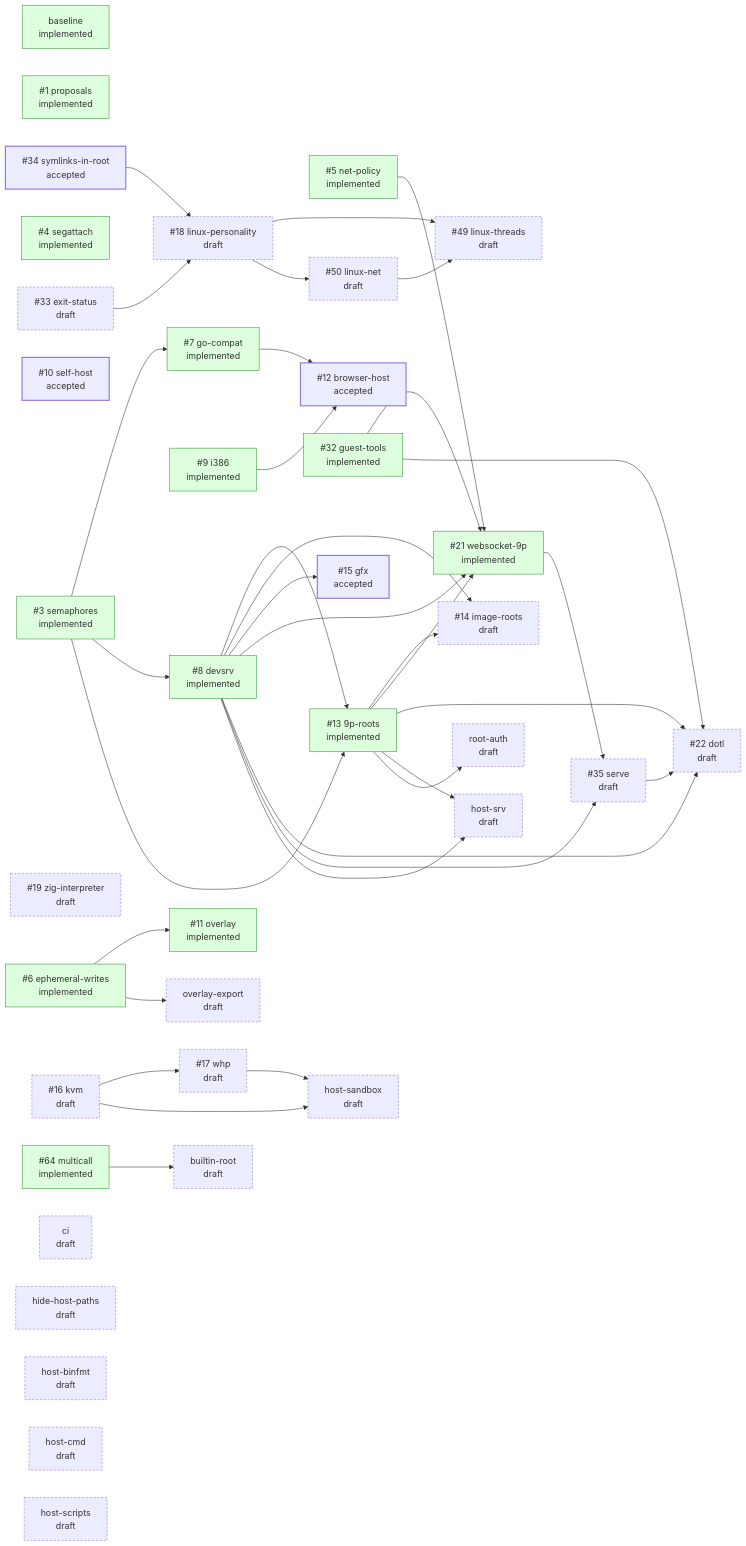
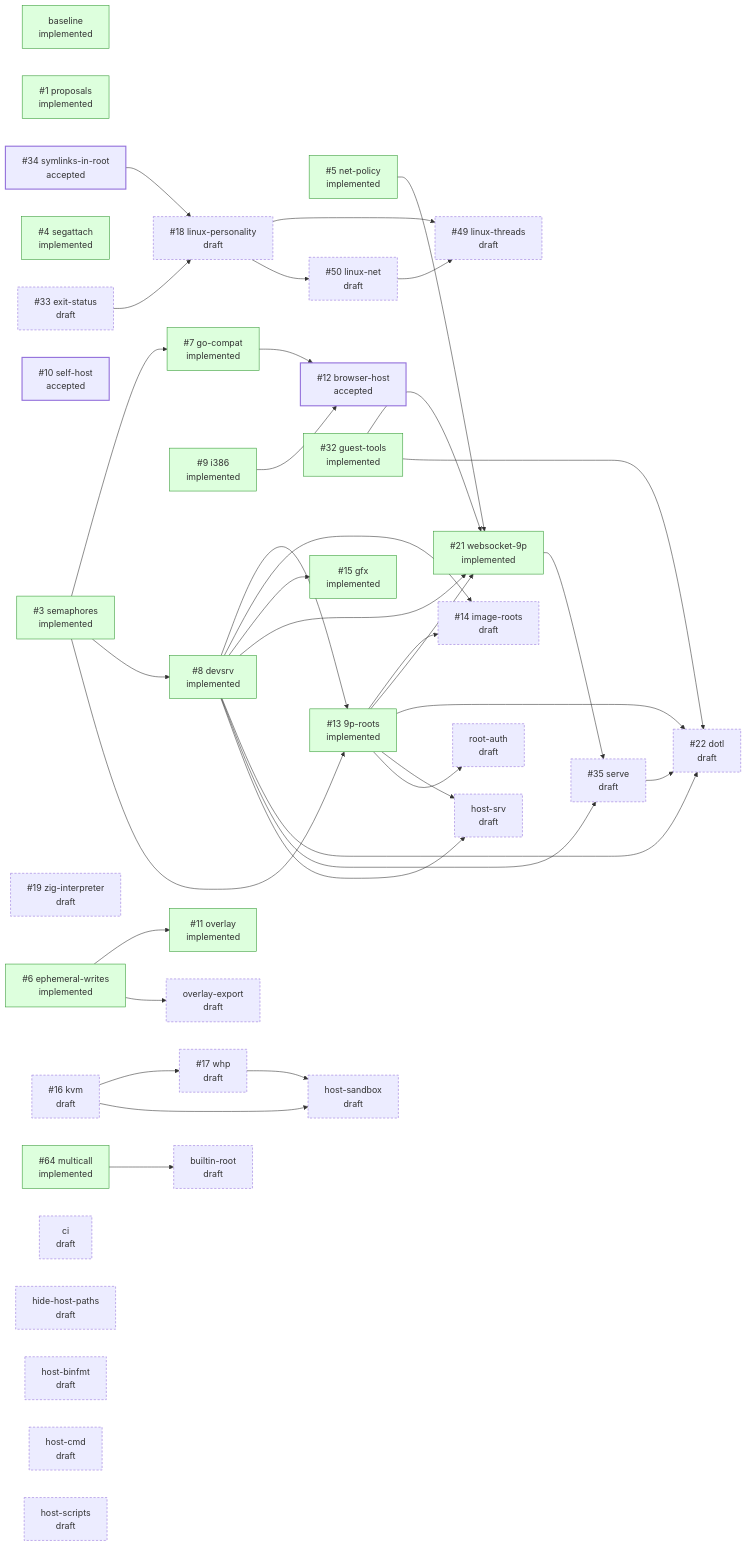
One commit to progrium/hyper9 changed the diagram in README.md. Above: the diagram before and after it, drawn with Mermaid. The commit also changed other lines of this file and 29 other files, not shown here.

````diff
--- a/README.md
+++ b/README.md
@@ -56,78 +56,78 @@
 ```mermaid
 flowchart LR
   classDef draft stroke-dasharray: 4 3
   classDef accepted stroke-width: 2px
   classDef implemented fill:#dfd,stroke:#393
   classDef closed fill:#eee,stroke:#999,color:#777
   p_baseline["baseline<br/>implemented"]:::implemented
   p_proposals["#35;1 proposals<br/>implemented"]:::implemented
   p_semaphores["#35;3 semaphores<br/>implemented"]:::implemented
   p_segattach["#35;4 segattach<br/>implemented"]:::implemented
   p_net_policy["#35;5 net-policy<br/>implemented"]:::implemented
   p_ephemeral_writes["#35;6 ephemeral-writes<br/>implemented"]:::implemented
   p_go_compat["#35;7 go-compat<br/>implemented"]:::implemented
   p_devsrv["#35;8 devsrv<br/>implemented"]:::implemented
   p_i386["#35;9 i386<br/>implemented"]:::implemented
   p_self_host["#35;10 self-host<br/>accepted"]:::accepted
   p_overlay["#35;11 overlay<br/>implemented"]:::implemented
   p_browser_host["#35;12 browser-host<br/>accepted"]:::accepted
   p_9p_roots["#35;13 9p-roots<br/>implemented"]:::implemented
   p_image_roots["#35;14 image-roots<br/>draft"]:::draft
-  p_gfx["#35;15 gfx<br/>accepted"]:::accepted
+  p_gfx["#35;15 gfx<br/>implemented"]:::implemented
   p_kvm["#35;16 kvm<br/>draft"]:::draft
   p_whp["#35;17 whp<br/>draft"]:::draft
   p_linux_personality["#35;18 linux-personality<br/>draft"]:::draft
   p_zig_interpreter["#35;19 zig-interpreter<br/>draft"]:::draft
   p_websocket_9p["#35;21 websocket-9p<br/>implemented"]:::implemented
   p_dotl["#35;22 dotl<br/>draft"]:::draft
   p_guest_tools["#35;32 guest-tools<br/>implemented"]:::implemented
   p_exit_status["#35;33 exit-status<br/>draft"]:::draft
   p_symlinks_in_root["#35;34 symlinks-in-root<br/>accepted"]:::accepted
   p_serve["#35;35 serve<br/>draft"]:::draft
   p_linux_threads["#35;49 linux-threads<br/>draft"]:::draft
   p_linux_net["#35;50 linux-net<br/>draft"]:::draft
   p_multicall["#35;64 multicall<br/>implemented"]:::implemented
   p_builtin_root["builtin-root<br/>draft"]:::draft
   p_ci["ci<br/>draft"]:::draft
   p_hide_host_paths["hide-host-paths<br/>draft"]:::draft
   p_host_binfmt["host-binfmt<br/>draft"]:::draft
   p_host_cmd["host-cmd<br/>draft"]:::draft
   p_host_sandbox["host-sandbox<br/>draft"]:::draft
   p_host_scripts["host-scripts<br/>draft"]:::draft
   p_host_srv["host-srv<br/>draft"]:::draft
   p_overlay_export["overlay-export<br/>draft"]:::draft
   p_root_auth["root-auth<br/>draft"]:::draft
   p_semaphores --> p_go_compat
   p_semaphores --> p_devsrv
   p_ephemeral_writes --> p_overlay
   p_go_compat --> p_browser_host
   p_i386 --> p_browser_host
   p_semaphores --> p_9p_roots
   p_devsrv --> p_9p_roots
   p_devsrv --> p_image_roots
   p_9p_roots --> p_image_roots
   p_devsrv --> p_gfx
   p_kvm --> p_whp
   p_symlinks_in_root --> p_linux_personality
   p_exit_status --> p_linux_personality
   p_net_policy --> p_websocket_9p
   p_devsrv --> p_websocket_9p
   p_9p_roots --> p_websocket_9p
   p_guest_tools --> p_websocket_9p
   p_devsrv --> p_dotl
   p_9p_roots --> p_dotl
   p_serve --> p_dotl
   p_guest_tools --> p_dotl
   p_devsrv --> p_serve
   p_websocket_9p --> p_serve
   p_linux_personality --> p_linux_threads
   p_linux_net --> p_linux_threads
   p_linux_personality --> p_linux_net
   p_multicall --> p_builtin_root
   p_kvm --> p_host_sandbox
   p_whp --> p_host_sandbox
   p_devsrv --> p_host_srv
   p_9p_roots --> p_host_srv
   p_ephemeral_writes --> p_overlay_export
   p_9p_roots --> p_root_auth
 ```
````
